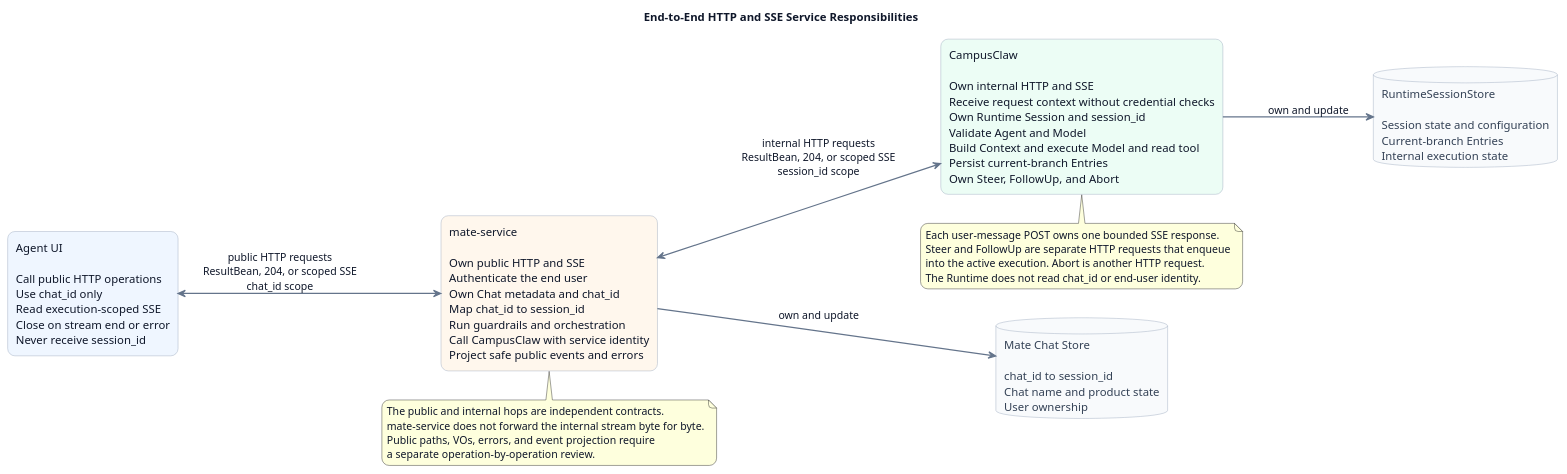
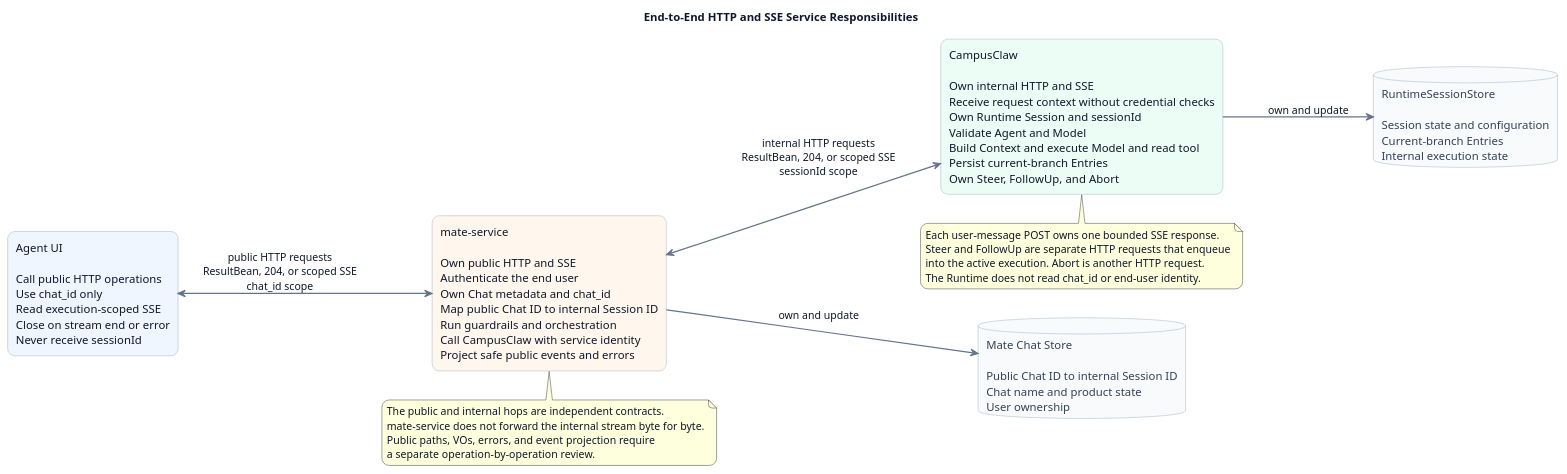
One commit to ssm0808/pi-mono-java-design changed the diagram in pi-mono-java-manager-driven-multi-agent-runtime/diagrams/service-boundary/diagram.puml. Above: the diagram before and after it, drawn with PlantUML. The commit also changed 35 other files, not shown here.

Commit message:
docs(runtime): 统一 HTTP 字段为 lowerCamelCase

```diff
--- a/pi-mono-java-manager-driven-multi-agent-runtime/diagrams/service-boundary/diagram.puml
+++ b/pi-mono-java-manager-driven-multi-agent-runtime/diagrams/service-boundary/diagram.puml
@@ -1,61 +1,61 @@
 @startuml mate_agent_service_responsibility_boundary
 title End-to-End HTTP and SSE Service Responsibilities
 
 ' Source evidence (pi-mono-java 1f801dbb82bdda30478e3354e685e3153b179a0c):
 ' modules/coding-agent-cli/src/main/java/com/campusclaw/codingagent/runtimeapi/web/RuntimeEventController.java.
 ' modules/coding-agent-cli/src/main/java/com/campusclaw/codingagent/runtimeapi/event/RuntimeEventService.java.
 ' Observed behavior: the CampusClaw internal HTTP POST returns execution-scoped SSE without a public WebSocket path.
 ' Target-only design: the mate-service public HTTP contract and its SSE projection are not implemented in this repository.
 ' Architecture change: both hops use HTTP request-response, and execution responses stream SSE for the lifetime of one execution.
-' Product constraint: the UI receives chat_id only; session_id remains an internal Runtime identifier.
+' Product constraint: the UI receives chat_id only; sessionId remains an internal Runtime identifier.
 ' Security hardening: mate-service terminates public auth and projects internal events instead of forwarding bytes transparently.
 ' Design reason: keep user-facing Chat lifecycle separate from durable Runtime Session identity and execution.
 
 skinparam backgroundColor #FFFFFF
 skinparam shadowing false
 skinparam roundcorner 18
 skinparam defaultFontName Arial
 skinparam defaultFontColor #0F172A
 skinparam ArrowColor #64748B
 skinparam ArrowThickness 1.5
 skinparam rectangle {
   BorderColor #94A3B8
   FontColor #0F172A
 }
 skinparam database {
   BorderColor #94A3B8
   BackgroundColor #F8FAFC
   FontColor #334155
 }
 
 left to right direction
 
-rectangle "Agent UI\n\nCall public HTTP operations\nUse chat_id only\nRead execution-scoped SSE\nClose on stream end or error\nNever receive session_id" as UI #EFF6FF
+rectangle "Agent UI\n\nCall public HTTP operations\nUse chat_id only\nRead execution-scoped SSE\nClose on stream end or error\nNever receive sessionId" as UI #EFF6FF
 
-rectangle "mate-service\n\nOwn public HTTP and SSE\nAuthenticate the end user\nOwn Chat metadata and chat_id\nMap chat_id to session_id\nRun guardrails and orchestration\nCall CampusClaw with service identity\nProject safe public events and errors" as Mate #FFF7ED
+rectangle "mate-service\n\nOwn public HTTP and SSE\nAuthenticate the end user\nOwn Chat metadata and chat_id\nMap public Chat ID to internal Session ID\nRun guardrails and orchestration\nCall CampusClaw with service identity\nProject safe public events and errors" as Mate #FFF7ED
 
-rectangle "CampusClaw\n\nOwn internal HTTP and SSE\nReceive request context without credential checks\nOwn Runtime Session and session_id\nValidate Agent and Model\nBuild Context and execute Model and read tool\nPersist current-branch Entries\nOwn Steer, FollowUp, and Abort" as Runtime #ECFDF5
+rectangle "CampusClaw\n\nOwn internal HTTP and SSE\nReceive request context without credential checks\nOwn Runtime Session and sessionId\nValidate Agent and Model\nBuild Context and execute Model and read tool\nPersist current-branch Entries\nOwn Steer, FollowUp, and Abort" as Runtime #ECFDF5
 
-database "Mate Chat Store\n\nchat_id to session_id\nChat name and product state\nUser ownership" as MateStore
+database "Mate Chat Store\n\nPublic Chat ID to internal Session ID\nChat name and product state\nUser ownership" as MateStore
 
 database "RuntimeSessionStore\n\nSession state and configuration\nCurrent-branch Entries\nInternal execution state" as RuntimeStore
 
 UI <--> Mate : public HTTP requests\nResultBean, 204, or scoped SSE\nchat_id scope
-Mate <--> Runtime : internal HTTP requests\nResultBean, 204, or scoped SSE\nsession_id scope
+Mate <--> Runtime : internal HTTP requests\nResultBean, 204, or scoped SSE\nsessionId scope
 Mate --> MateStore : own and update
 Runtime --> RuntimeStore : own and update
 
 note bottom of Mate
 The public and internal hops are independent contracts.
 mate-service does not forward the internal stream byte for byte.
 Public paths, VOs, errors, and event projection require
 a separate operation-by-operation review.
 end note
 
 note bottom of Runtime
 Each user-message POST owns one bounded SSE response.
 Steer and FollowUp are separate HTTP requests that enqueue
 into the active execution. Abort is another HTTP request.
 The Runtime does not read chat_id or end-user identity.
 end note
 @enduml
```
